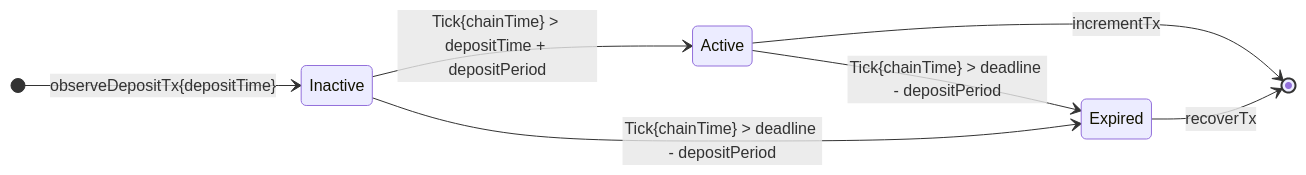
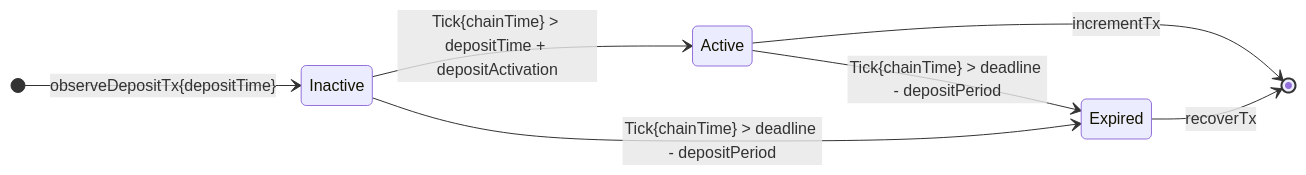
Before and after one commit to cardano-scaling/hydra: the fourth of 5 diagrams in docs/docs/dev/protocol.md, drawn with Mermaid. The commit also changed other lines of this file and 22 other files, not shown here.

Commit message:
Add --deposit-activation flag to decouple activation from deadline

````diff
--- a/docs/docs/dev/protocol.md
+++ b/docs/docs/dev/protocol.md
@@ -121,10 +123,10 @@
 ```mermaid
 stateDiagram
     direction LR
     [*] --> Inactive : observeDepositTx{depositTime}
-    Inactive --> Active : Tick{chainTime} > depositTime + depositPeriod
+    Inactive --> Active : Tick{chainTime} > depositTime + depositActivation
     Active --> Expired : Tick{chainTime} > deadline - depositPeriod
     Inactive --> Expired : Tick{chainTime} > deadline - depositPeriod
     Active --> [*] : incrementTx
     Expired --> [*] : recoverTx
 ```
````
